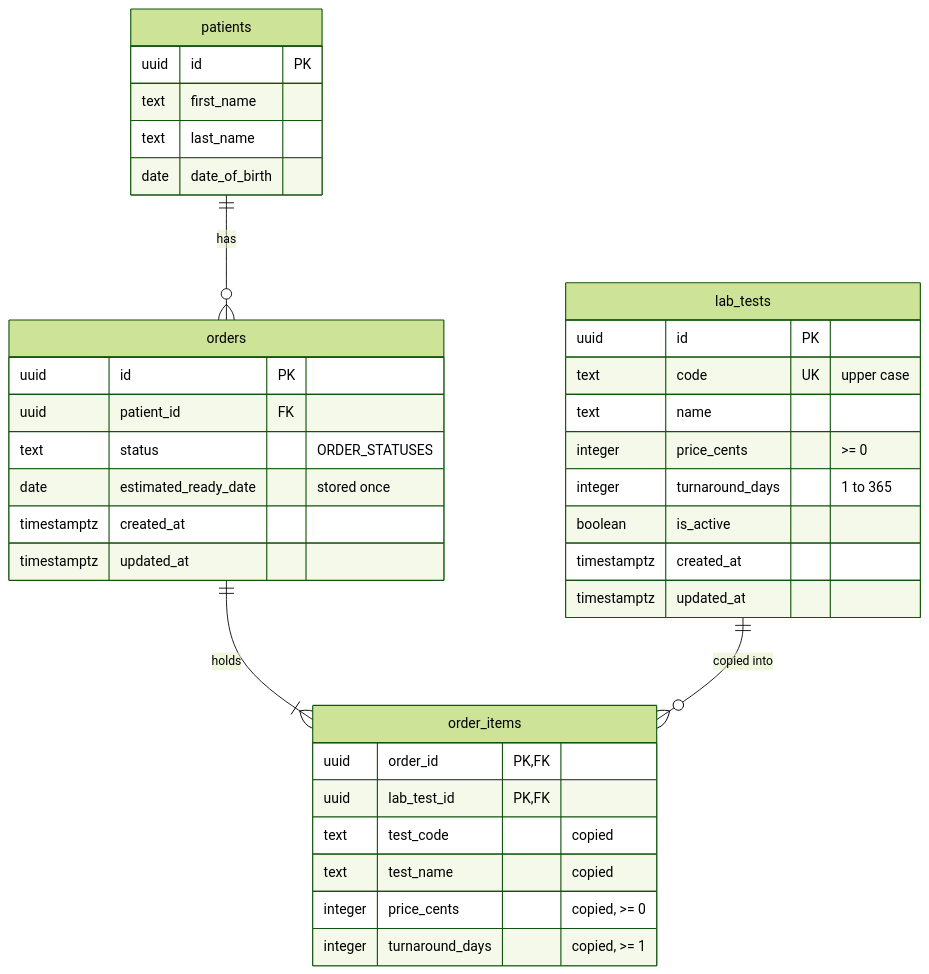
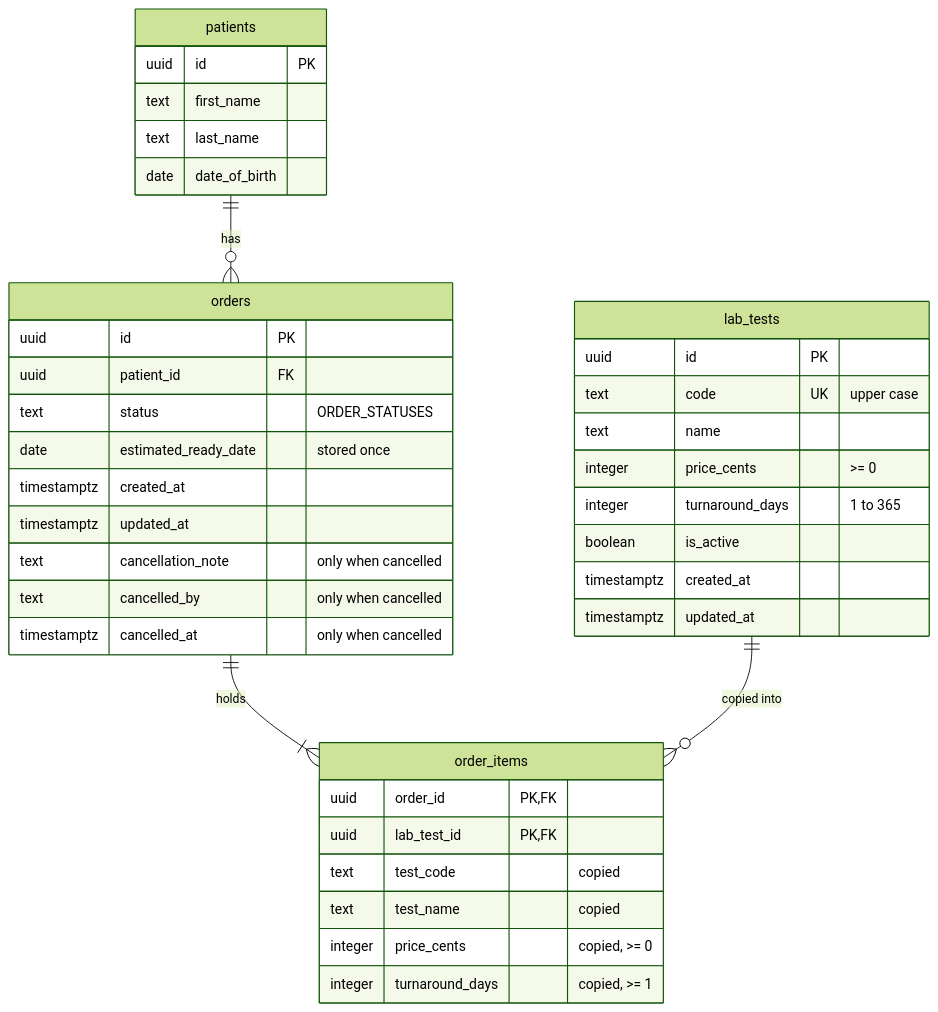
One commit to spencerolsen/eh-lab-orders-lite changed the diagram in docs/data-model.md. Above: the diagram before and after it, drawn with Mermaid (forest theme). The commit also changed other lines of this file and 7 other files, not shown here.

````diff
--- a/docs/data-model.md
+++ b/docs/data-model.md
@@ -9,38 +9,41 @@
 ```mermaid
 erDiagram
   lab_tests {
     uuid id PK
     text code UK "upper case"
     text name
     integer price_cents ">= 0"
     integer turnaround_days "1 to 365"
     boolean is_active
     timestamptz created_at
     timestamptz updated_at
   }
   patients {
     uuid id PK
     text first_name
     text last_name
     date date_of_birth
   }
   orders {
     uuid id PK
     uuid patient_id FK
     text status "ORDER_STATUSES"
     date estimated_ready_date "stored once"
     timestamptz created_at
     timestamptz updated_at
+    text cancellation_note "only when cancelled"
+    text cancelled_by "only when cancelled"
+    timestamptz cancelled_at "only when cancelled"
   }
   order_items {
     uuid order_id PK, FK
     uuid lab_test_id PK, FK
     text test_code "copied"
     text test_name "copied"
     integer price_cents "copied, >= 0"
     integer turnaround_days "copied, >= 1"
   }
   patients ||--o{ orders : "has"
   orders ||--|{ order_items : "holds"
   lab_tests ||--o{ order_items : "copied into"
 ```
````
